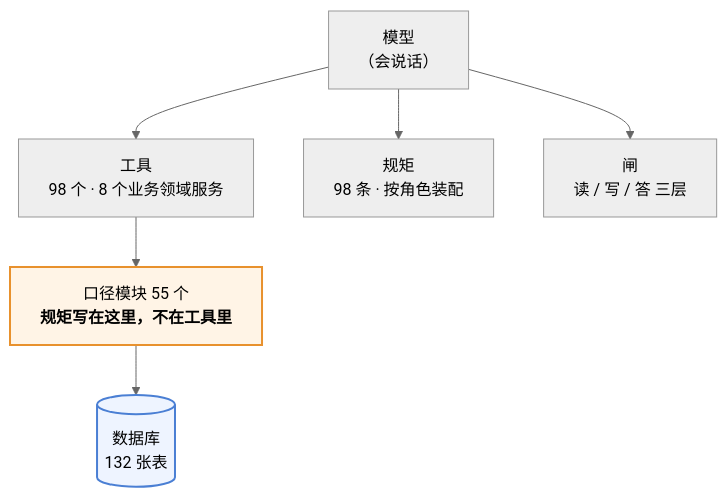
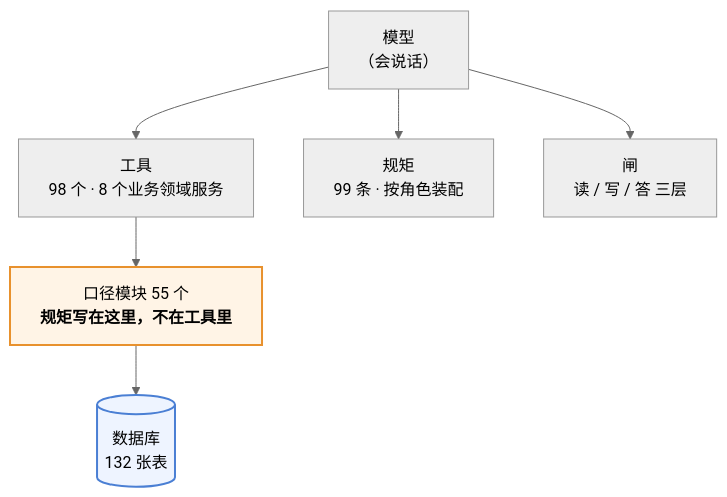
One commit to 843773296-rgb/lanxiu-yunshang-agent changed the first of 3 diagrams in 澜绣云裳agent-产品说明.md. Above: the diagram before and after it, drawn with Mermaid (neutral theme). The commit also changed 4 other files, not shown here.

````diff
--- a/澜绣云裳agent-产品说明.md
+++ b/澜绣云裳agent-产品说明.md
@@ -62,12 +62,12 @@
 ```mermaid
 flowchart TD
     M["模型<br/>（会说话）"]
     M --> T["工具<br/>98 个 · 8 个业务领域服务"]
-    M --> R["规矩<br/>98 条 · 按角色装配"]
+    M --> R["规矩<br/>99 条 · 按角色装配"]
     M --> G["闸<br/>读 / 写 / 答 三层"]
     T --> K["口径模块 55 个<br/><b>规矩写在这里，不在工具里</b>"]
     K --> DB[("数据库<br/>132 张表")]
 
     style K fill:#fff4e6,stroke:#e8912d,stroke-width:2px
     style DB fill:#eef4ff,stroke:#4a7fd4,stroke-width:2px
 ```
````
